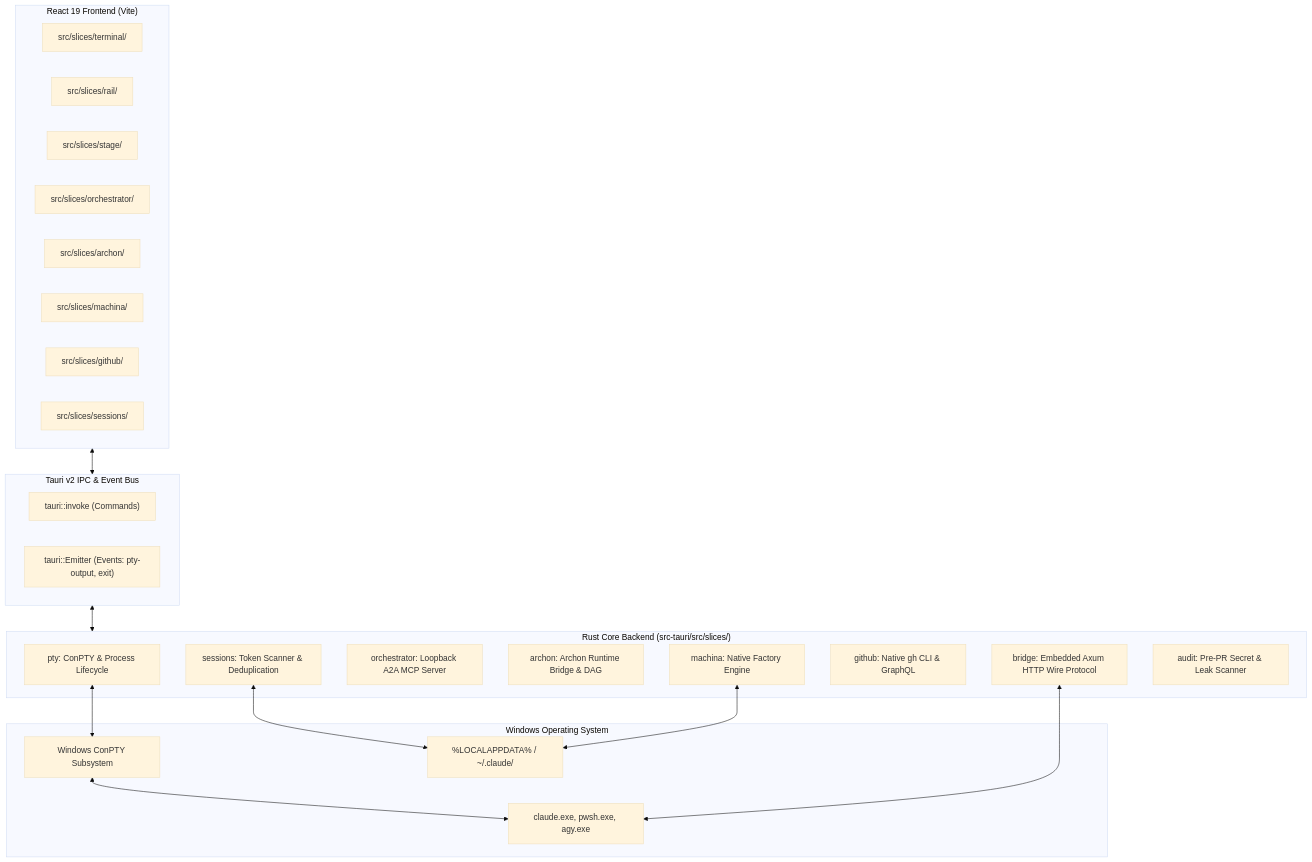
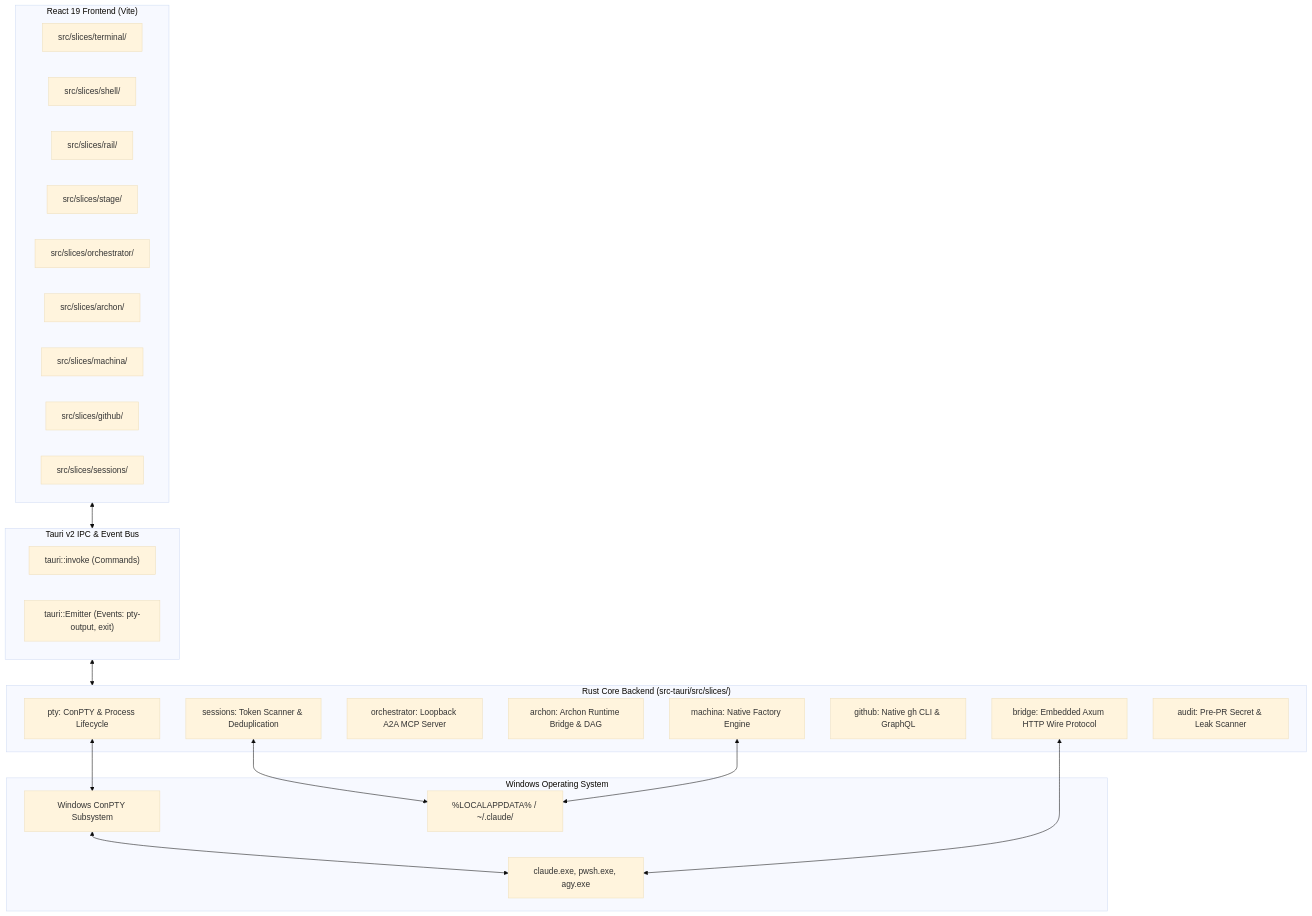
Before and after one commit to seanrobertwright/Quay-2: the diagram in docs/guide/architecture.md, drawn with Mermaid (base theme). The commit also changed other lines of this file and 47 other files, not shown here.

````diff
--- a/docs/guide/architecture.md
+++ b/docs/guide/architecture.md
@@ -9,43 +9,44 @@
 ```mermaid
 graph TB
     subgraph Frontend["React 19 Frontend (Vite)"]
         TerminalSlice["src/slices/terminal/"]
+        ShellSlice["src/slices/shell/"]
         RailSlice["src/slices/rail/"]
         StageSlice["src/slices/stage/"]
         A2ASlice["src/slices/orchestrator/"]
         ArchonSlice["src/slices/archon/"]
         MachinaSlice["src/slices/machina/"]
         GithubSlice["src/slices/github/"]
         SessionSlice["src/slices/sessions/"]
     end
 
     subgraph IPC["Tauri v2 IPC & Event Bus"]
         Commands["tauri::invoke (Commands)"]
         Events["tauri::Emitter (Events: pty-output, exit)"]
     end
 
     subgraph Backend["Rust Core Backend (src-tauri/src/slices/)"]
         PTYSlice["pty: ConPTY & Process Lifecycle"]
         BridgeSlice["bridge: Embedded Axum HTTP Wire Protocol"]
         OrchSlice["orchestrator: Loopback A2A MCP Server"]
         ArchonB["archon: Archon Runtime Bridge & DAG"]
         MachinaB["machina: Native Factory Engine"]
         GithubB["github: Native gh CLI & GraphQL"]
         SessionB["sessions: Token Scanner & Deduplication"]
         AuditB["audit: Pre-PR Secret & Leak Scanner"]
     end
 
     subgraph OS["Windows Operating System"]
         ConPTY["Windows ConPTY Subsystem"]
         Processes["claude.exe, pwsh.exe, agy.exe"]
         FS["%LOCALAPPDATA% / ~/.claude/"]
     end
 
     Frontend <--> IPC
     IPC <--> Backend
     PTYSlice <--> ConPTY
     ConPTY <--> Processes
     BridgeSlice <--> Processes
     SessionB <--> FS
     MachinaB <--> FS
 ```
````
